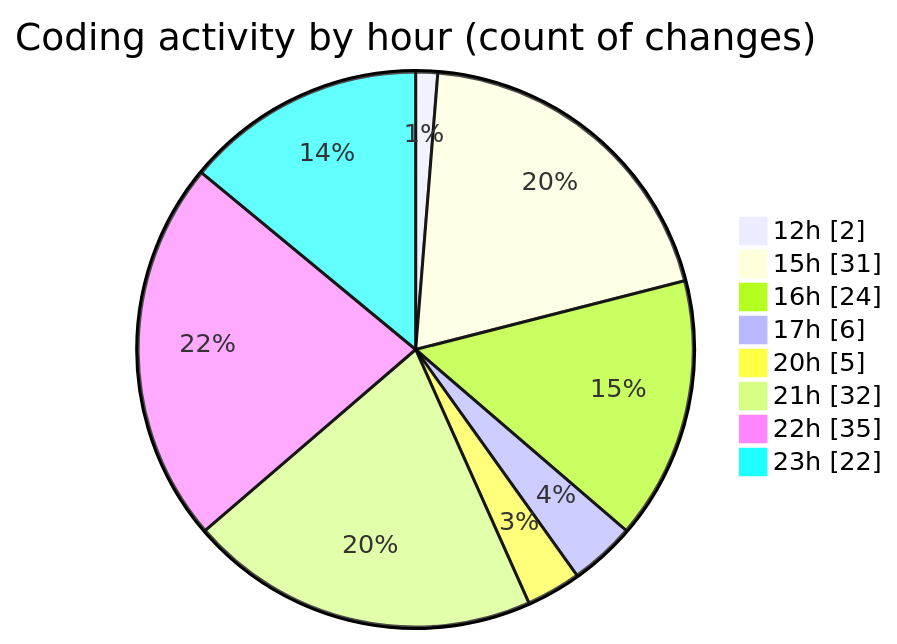
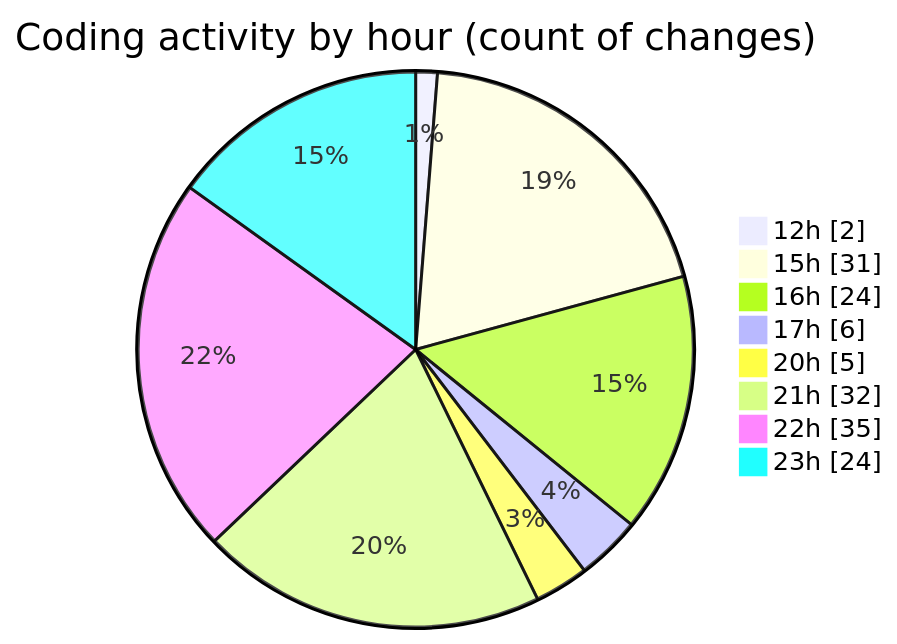
Before and after one commit to momahboobian/code-tracking: the second of 2 diagrams in 2025-02-26/cda/README.md, drawn with Mermaid. The commit also changed other lines of this file and 1 other file, not shown here.

````diff
--- a/2025-02-26/cda/README.md
+++ b/2025-02-26/cda/README.md
@@ -48,12 +48,12 @@
 ```mermaid
 pie showData
 title Coding activity by hour (count of changes)
 "12h" : 2
 "15h" : 31
 "16h" : 24
 "17h" : 6
 "20h" : 5
 "21h" : 32
 "22h" : 35
-"23h" : 22
+"23h" : 24
 ```
````
